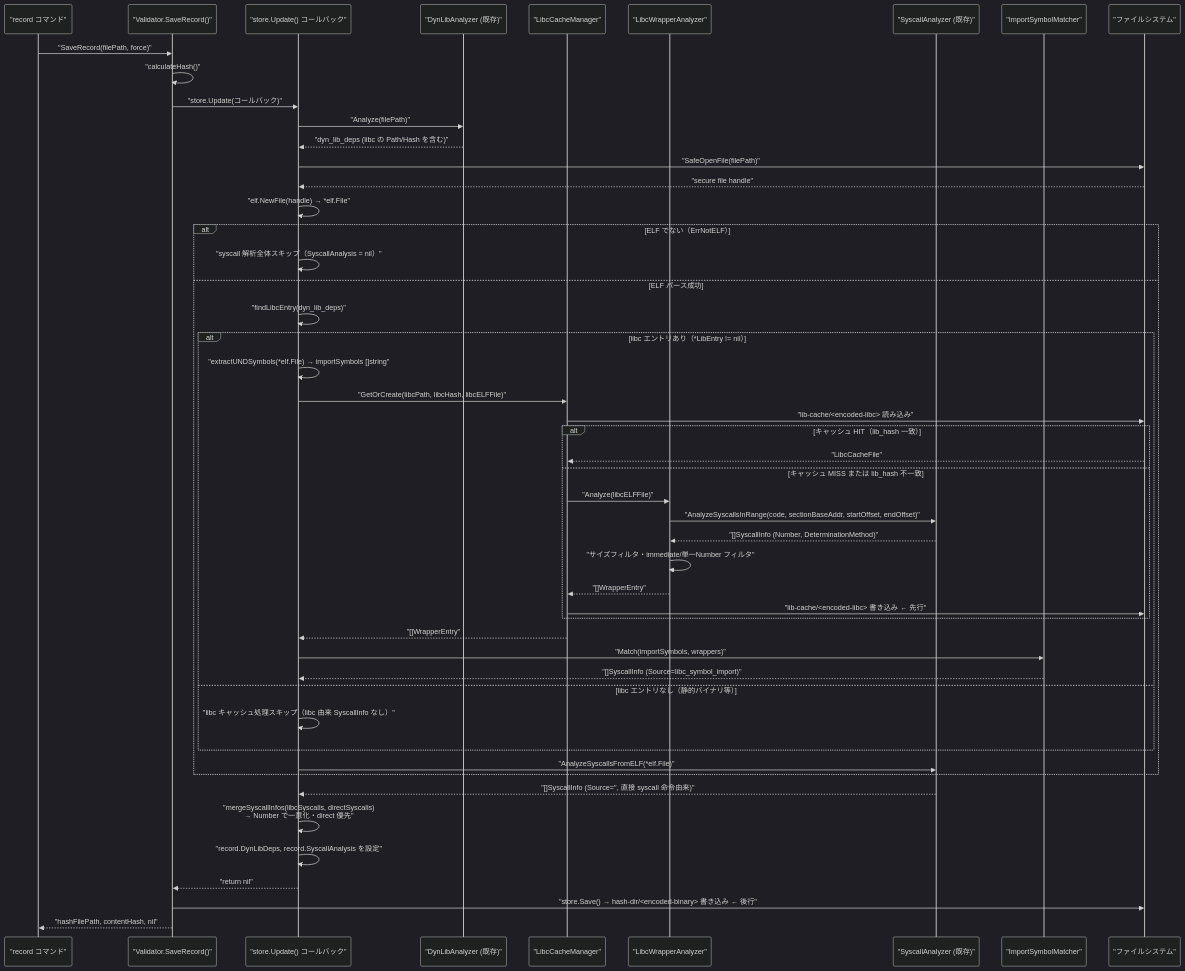
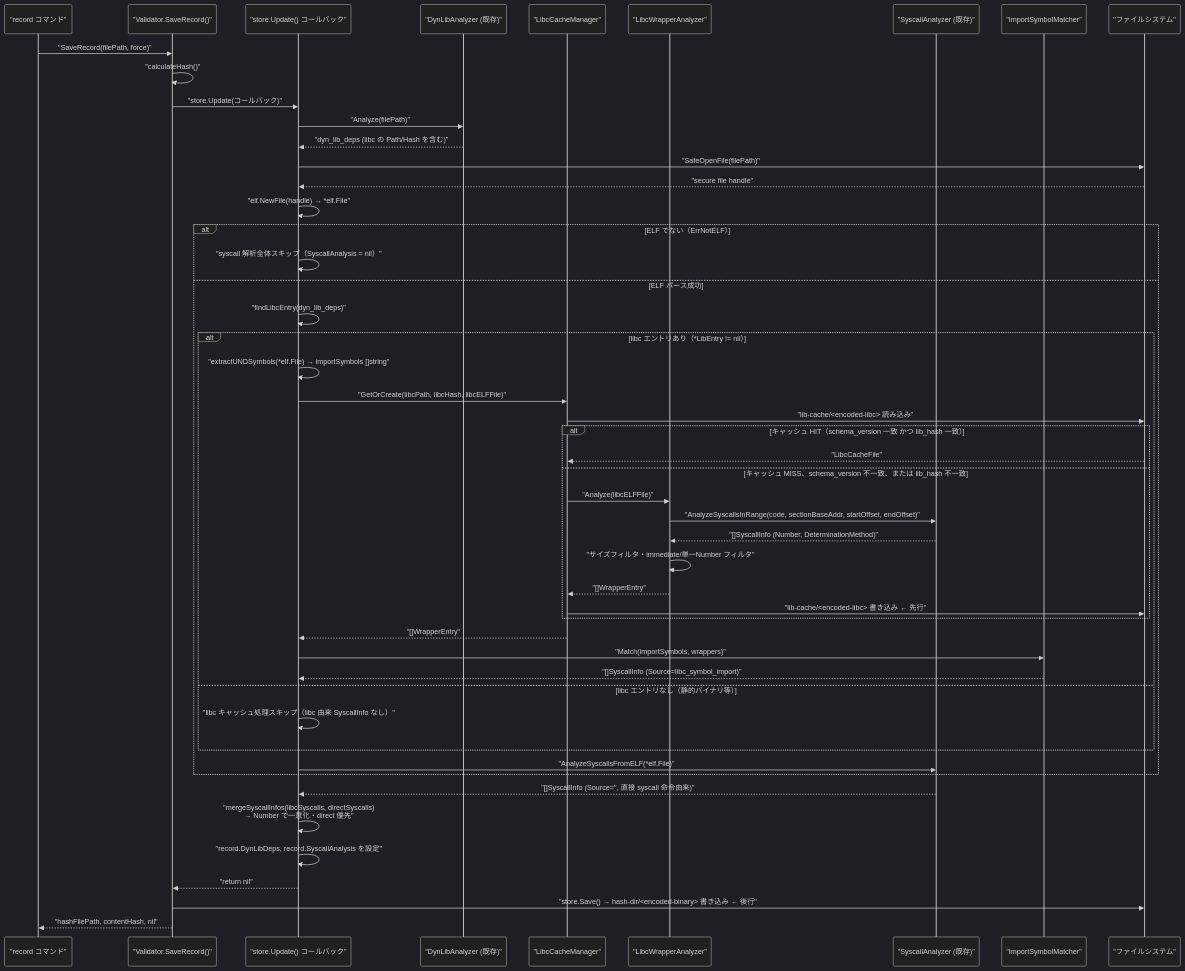
Before and after one commit to isseis/go-safe-cmd-runner: the fourth of 9 diagrams in docs/tasks/0079_libc_syscall_wrapper_cache/02_architecture.md, drawn with Mermaid (dark theme). The commit also changed other lines of this file, not shown here.

Commit message:
docs(tasks/0079): add schema_version to LibcCacheFile

````diff
--- a/docs/tasks/0079_libc_syscall_wrapper_cache/02_architecture.md
+++ b/docs/tasks/0079_libc_syscall_wrapper_cache/02_architecture.md
@@ -123,53 +123,53 @@
 ```mermaid
 sequenceDiagram
     participant RC as "record コマンド"
     participant V as "Validator.SaveRecord()"
     participant CB as "store.Update() コールバック"
     participant DA as "DynLibAnalyzer (既存)"
     participant CM as "LibcCacheManager"
     participant WA as "LibcWrapperAnalyzer"
     participant SA as "SyscallAnalyzer (既存)"
     participant IM as "ImportSymbolMatcher"
     participant FS as "ファイルシステム"
 
     RC->>V: "SaveRecord(filePath, force)"
     V->>V: "calculateHash()"
     V->>CB: "store.Update(コールバック)"
     CB->>DA: "Analyze(filePath)"
     DA-->>CB: "dyn_lib_deps (libc の Path/Hash を含む)"
     CB->>FS: "SafeOpenFile(filePath)"
     FS-->>CB: "secure file handle"
     CB->>CB: "elf.NewFile(handle) → *elf.File"
     alt ELF でない（ErrNotELF）
         CB->>CB: "syscall 解析全体スキップ（SyscallAnalysis = nil）"
     else ELF パース成功
         CB->>CB: "findLibcEntry(dyn_lib_deps)"
         alt libc エントリあり（*LibEntry != nil）
             CB->>CB: "extractUNDSymbols(*elf.File) → importSymbols []string"
             CB->>CM: "GetOrCreate(libcPath, libcHash, libcELFFile)"
             CM->>FS: "lib-cache/<encoded-libc> 読み込み"
-            alt キャッシュ HIT（lib_hash 一致）
+            alt キャッシュ HIT（schema_version 一致 かつ lib_hash 一致）
                 FS-->>CM: "LibcCacheFile"
-            else キャッシュ MISS または lib_hash 不一致
+            else キャッシュ MISS、schema_version 不一致、または lib_hash 不一致
                 CM->>WA: "Analyze(libcELFFile)"
                 WA->>SA: "AnalyzeSyscallsInRange(code, sectionBaseAddr, startOffset, endOffset)"
                 SA-->>WA: "[]SyscallInfo (Number, DeterminationMethod)"
                 WA->>WA: "サイズフィルタ・immediate/単一Number フィルタ"
                 WA-->>CM: "[]WrapperEntry"
                 CM->>FS: "lib-cache/<encoded-libc> 書き込み  ← 先行"
             end
             CM-->>CB: "[]WrapperEntry"
             CB->>IM: "Match(importSymbols, wrappers)"
             IM-->>CB: "[]SyscallInfo (Source=libc_symbol_import)"
         else libc エントリなし（静的バイナリ等）
             CB->>CB: "libc キャッシュ処理スキップ（libc 由来 SyscallInfo なし）"
         end
         CB->>SA: "AnalyzeSyscallsFromELF(*elf.File)"
     end
     SA-->>CB: "[]SyscallInfo (Source='', 直接 syscall 命令由来)"
     CB->>CB: "mergeSyscallInfos(libcSyscalls, directSyscalls)<br>→ Number で一意化・direct 優先"
     CB->>CB: "record.DynLibDeps, record.SyscallAnalysis を設定"
     CB-->>V: "return nil"
     V->>FS: "store.Save() → hash-dir/<encoded-binary> 書き込み  ← 後行"
     V-->>RC: "hashFilePath, contentHash, nil"
 ```
````
